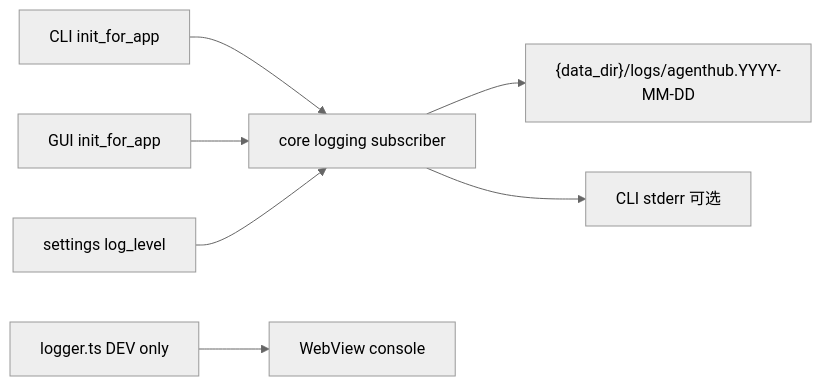
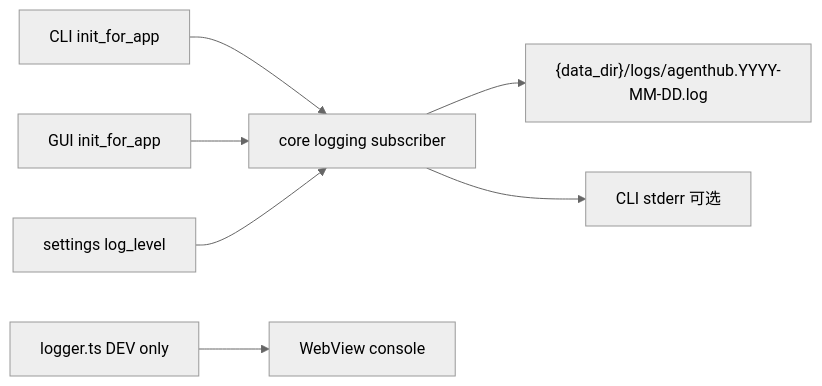
Before and after one commit to nicechencs/AgentHub: the diagram in docs/logging.md, drawn with Mermaid (neutral theme). The commit also changed other lines of this file and 5 other files, not shown here.

````diff
--- a/docs/logging.md
+++ b/docs/logging.md
@@ -69,9 +69,9 @@
 ```mermaid
 flowchart LR
   CLI["CLI init_for_app"] --> Init["core logging subscriber"]
   GUI["GUI init_for_app"] --> Init
-  Init --> File["{data_dir}/logs/agenthub.YYYY-MM-DD"]
+  Init --> File["{data_dir}/logs/agenthub.YYYY-MM-DD.log"]
   Init --> Stderr["CLI stderr 可选"]
   FE["logger.ts DEV only"] --> Console["WebView console"]
   Settings["settings log_level"] --> Init
 ```
````
